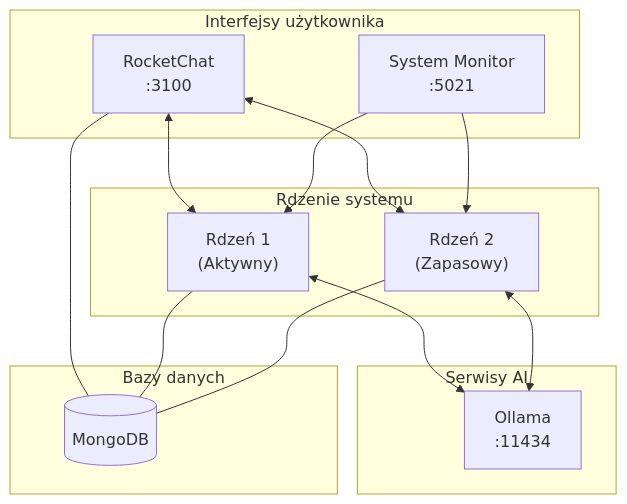
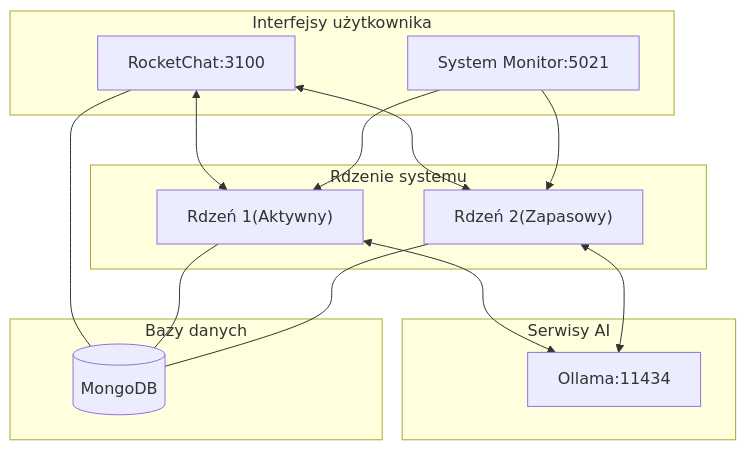
Before and after one commit to tom-sapletta-com/autodev: the first of 5 diagrams in heyken/README.md, drawn with Mermaid.

````diff
--- a/heyken/README.md
+++ b/heyken/README.md
@@ -155,30 +155,30 @@
 ```mermaid
 flowchart TB
     subgraph "Interfejsy użytkownika"
-        RC[RocketChat\n:3100]:::uiNode
-        WM[System Monitor\n:5021]:::uiNode
+        RC[RocketChat:3100]:::uiNode
+        WM[System Monitor:5021]:::uiNode
     end
     
     subgraph "Rdzenie systemu"
-        C1["Rdzeń 1\n(Aktywny)"]:::coreNode
-        C2["Rdzeń 2\n(Zapasowy)"]:::coreNode
+        C1["Rdzeń 1(Aktywny)"]:::coreNode
+        C2["Rdzeń 2(Zapasowy)"]:::coreNode
     end
     
     subgraph "Serwisy AI"
-        OL[Ollama\n:11434]:::aiNode
+        OL[Ollama:11434]:::aiNode
     end
     
     subgraph "Bazy danych"
         MDB[(MongoDB)]:::dbNode
     end
     
     RC <--> C1
     RC <--> C2
     C1 <--> OL
     C2 <--> OL
     RC --- MDB
     C1 --- MDB
     C2 --- MDB
     WM --> C1
     WM --> C2
 ```
````
